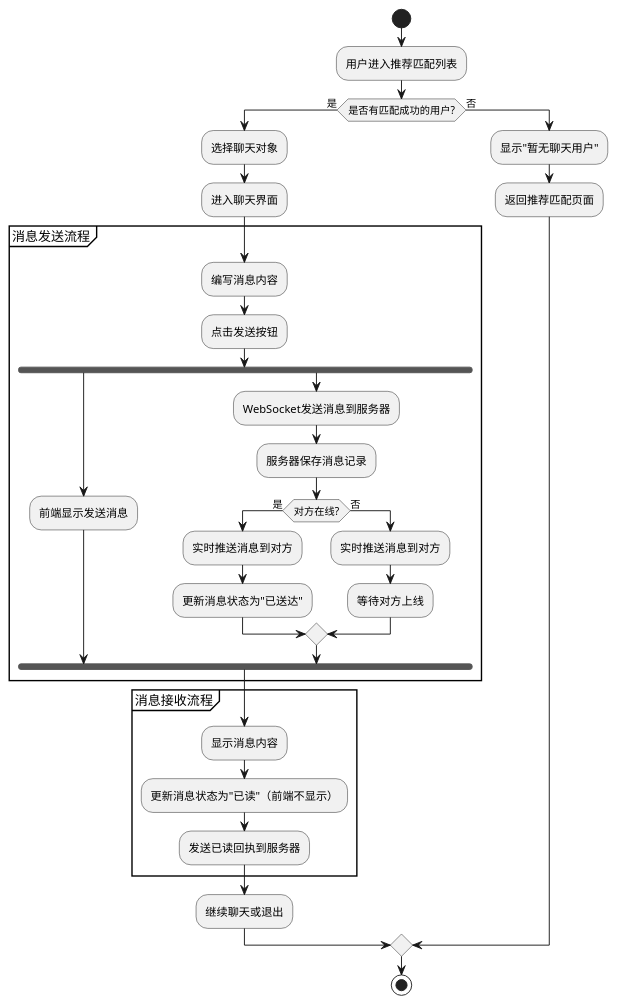
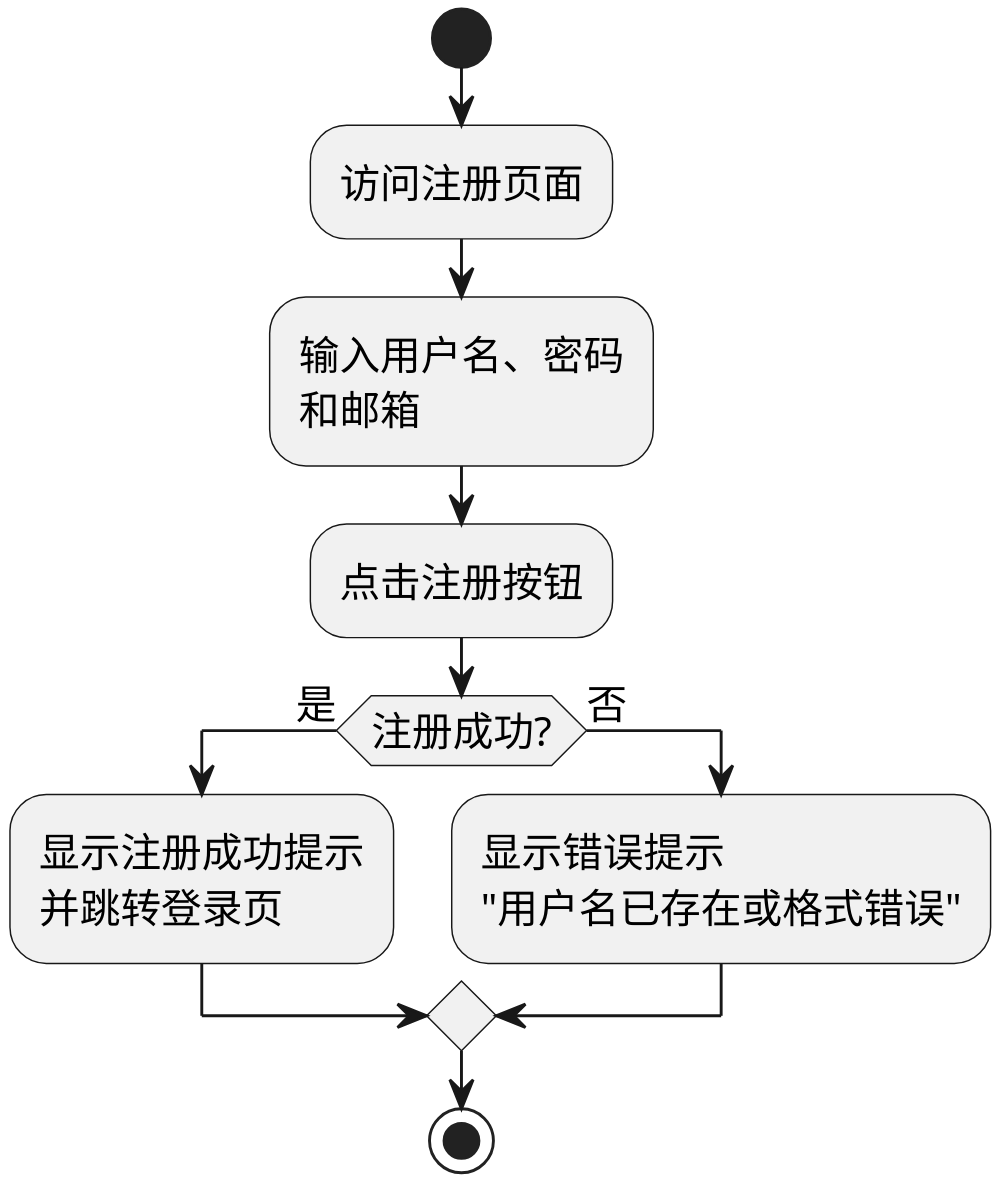
Before and after one commit to ZeroOneCN/Socialmatch: the diagram in Pantuml/1.puml, drawn with PlantUML. The commit also changed 7812 other files, not shown here.

```diff
--- a/Pantuml/1.puml
+++ b/Pantuml/1.puml
@@ -1,45 +1,16 @@
-@startuml "在线聊天活动图"
+@startuml
+skinparam monochrome true
+skinparam dpi 300
+skinparam defaultFontSize 14
 
 start
-:用户进入推荐匹配列表;
-
-if (是否有匹配成功的用户?) then (是)
-  :选择聊天对象;
-  :进入聊天界面;
-
-  partition "消息发送流程" {
-    :编写消息内容;
-    :点击发送按钮;
-
-    fork
-      :前端显示发送消息;
-    fork again
-      :WebSocket发送消息到服务器;
-      :服务器保存消息记录;
-
-      if (对方在线?) then (是)
-        :实时推送消息到对方;
-        :更新消息状态为"已送达";
-      else (否)
-        :实时推送消息到对方;
-        :等待对方上线;
-      endif
-    end fork
-  }
-
-  partition "消息接收流程" {
-    :显示消息内容;
-    :更新消息状态为"已读"（前端不显示）;
-    :发送已读回执到服务器;
-  }
-
-  :继续聊天或退出;
-
+:访问注册页面;
+:输入用户名、密码\n和邮箱;
+:点击注册按钮;
+if (注册成功?) then (是)
+  :显示注册成功提示\n并跳转登录页;
 else (否)
-  :显示"暂无聊天用户";
-  :返回推荐匹配页面;
+  :显示错误提示\n"用户名已存在或格式错误";
 endif
-
 stop
-
 @enduml
```
